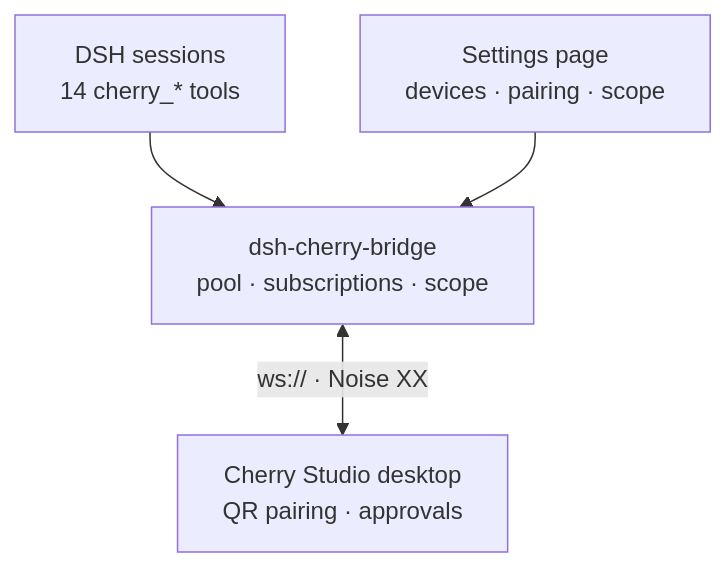
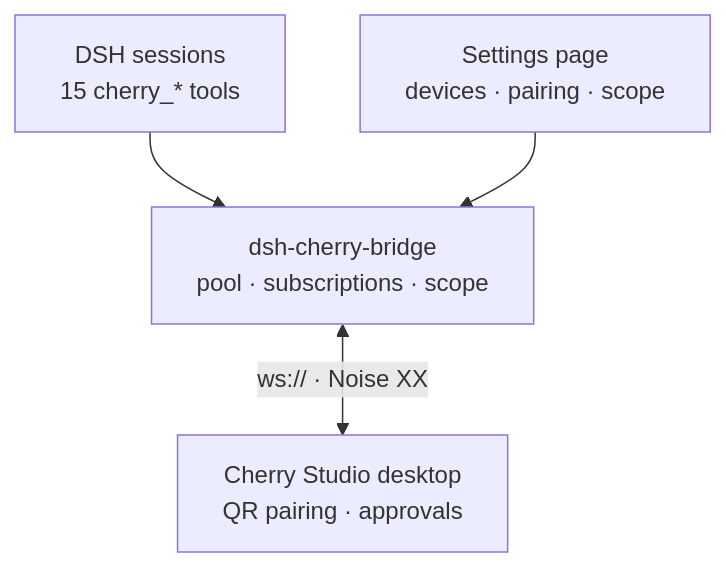
One commit to SAXEM1997/dsh-cherry-bridge changed the diagram in README.en.md. Above: the diagram before and after it, drawn with Mermaid. The commit also changed other lines of this file and 4 other files, not shown here.

````diff
--- a/README.en.md
+++ b/README.en.md
@@ -22,7 +22,7 @@
 ```mermaid
 flowchart TB
-    T["DSH sessions<br/>14 cherry_* tools"] --> P
+    T["DSH sessions<br/>15 cherry_* tools"] --> P
     W["Settings page<br/>devices · pairing · scope"] --> P
     P["dsh-cherry-bridge<br/>pool · subscriptions · scope"]
     P <-->|"ws:// · Noise XX"| C["Cherry Studio desktop<br/>QR pairing · approvals"]
 ```
````
